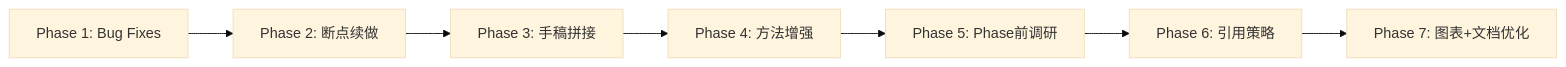
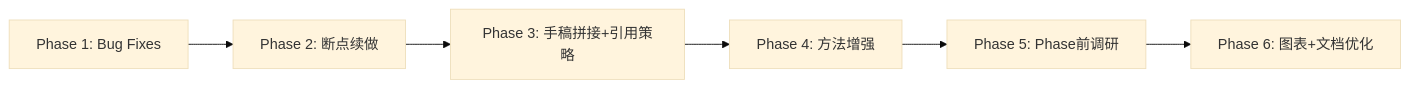
The diagram in .planning/ROADMAP.md (Side-Peng/clinpub), drawn with Mermaid (base theme) before and after one commit. The commit also changed other lines of this file and 5 other files, not shown here.

First line of the commit message:
docs: merge Phase 6 (引用策略) into Phase 3

````diff
--- a/.planning/ROADMAP.md
+++ b/.planning/ROADMAP.md
@@ -114,9 +108,8 @@
 ```mermaid
 flowchart LR
     P1[Phase 1: Bug Fixes] --> P2[Phase 2: 断点续做]
-    P2 --> P3[Phase 3: 手稿拼接]
+    P2 --> P3[Phase 3: 手稿拼接+引用策略]
     P3 --> P4[Phase 4: 方法增强]
     P4 --> P5[Phase 5: Phase前调研]
-    P5 --> P6[Phase 6: 引用策略]
-    P6 --> P7[Phase 7: 图表+文档优化]
+    P5 --> P6[Phase 6: 图表+文档优化]
 ```
````
